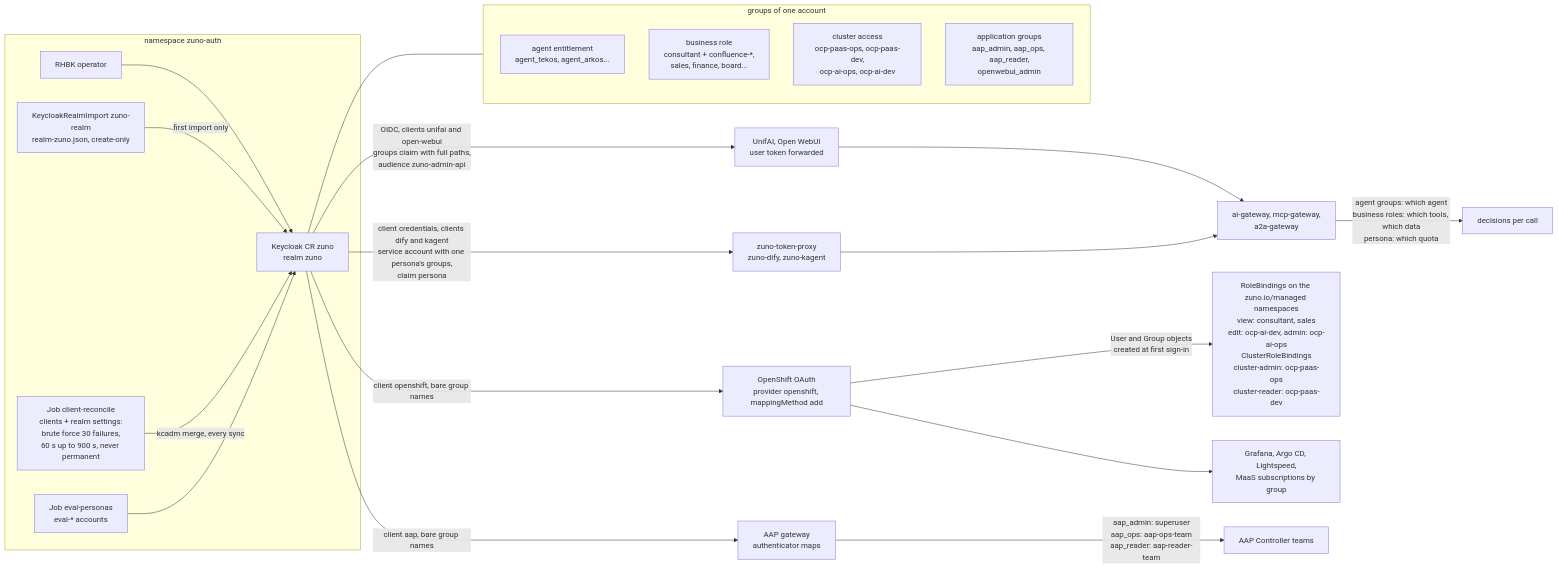
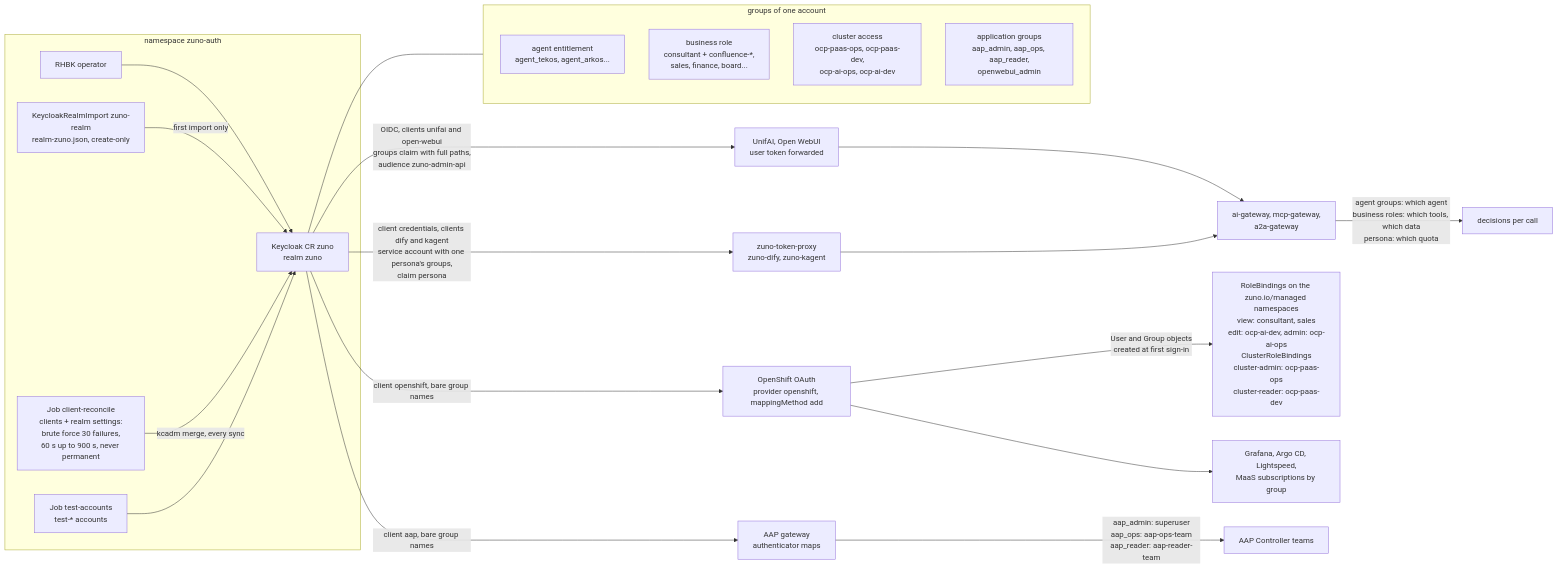
The second of 2 diagrams in docs/demo/scenarios/governance/identity-personas.md (startxfr/zuno-demo), drawn with Mermaid before and after one commit. The commit also changed other lines of this file and 94 other files, not shown here.

First line of the commit message:
feat(test-accounts): every test account is test-<type>-<name> with the marker group of its type (WP-333, ADR-0630)

````diff
--- a/docs/demo/scenarios/governance/identity-personas.md
+++ b/docs/demo/scenarios/governance/identity-personas.md
@@ -252,30 +252,30 @@
 ```mermaid
 flowchart LR
   subgraph AUTH["namespace zuno-auth"]
     OPR["RHBK operator"]
     KC["Keycloak CR zuno<br/>realm zuno"]
     IMP["KeycloakRealmImport zuno-realm<br/>realm-zuno.json, create-only"]
     REC["Job client-reconcile<br/>clients + realm settings:<br/>brute force 30 failures,<br/>60 s up to 900 s, never permanent"]
-    EVP["Job eval-personas<br/>eval-* accounts"]
+    EVP["Job test-accounts<br/>test-* accounts"]
   end
   OPR --> KC
   IMP -->|"first import only"| KC
   REC -->|"kcadm merge, every sync"| KC
   EVP --> KC
   subgraph GROUPS["groups of one account"]
     ENT["agent entitlement<br/>agent_tekos, agent_arkos..."]
     ROLE["business role<br/>consultant + confluence-*,<br/>sales, finance, board..."]
     CLU["cluster access<br/>ocp-paas-ops, ocp-paas-dev,<br/>ocp-ai-ops, ocp-ai-dev"]
     APPG["application groups<br/>aap_admin, aap_ops, aap_reader,<br/>openwebui_admin"]
   end
   KC --- GROUPS
   KC -->|"OIDC, clients unifai and open-webui<br/>groups claim with full paths,<br/>audience zuno-admin-api"| USERAPPS["UnifAI, Open WebUI<br/>user token forwarded"]
   KC -->|"client credentials, clients dify and kagent<br/>service account with one persona's groups,<br/>claim persona"| TPX["zuno-token-proxy<br/>zuno-dify, zuno-kagent"]
   KC -->|"client openshift, bare group names"| OAUTH["OpenShift OAuth<br/>provider openshift, mappingMethod add"]
   KC -->|"client aap, bare group names"| AAPGW["AAP gateway<br/>authenticator maps"]
   USERAPPS & TPX --> GWS["ai-gateway, mcp-gateway,<br/>a2a-gateway"]
   GWS -->|"agent groups: which agent<br/>business roles: which tools, which data<br/>persona: which quota"| DEC["decisions per call"]
   OAUTH -->|"User and Group objects<br/>created at first sign-in"| RB["RoleBindings on the zuno.io/managed namespaces<br/>view: consultant, sales<br/>edit: ocp-ai-dev, admin: ocp-ai-ops<br/>ClusterRoleBindings<br/>cluster-admin: ocp-paas-ops<br/>cluster-reader: ocp-paas-dev"]
   OAUTH --> OTHERS["Grafana, Argo CD, Lightspeed,<br/>MaaS subscriptions by group"]
   AAPGW -->|"aap_admin: superuser<br/>aap_ops: aap-ops-team<br/>aap_reader: aap-reader-team"| AAPT["AAP Controller teams"]
 ```
````
